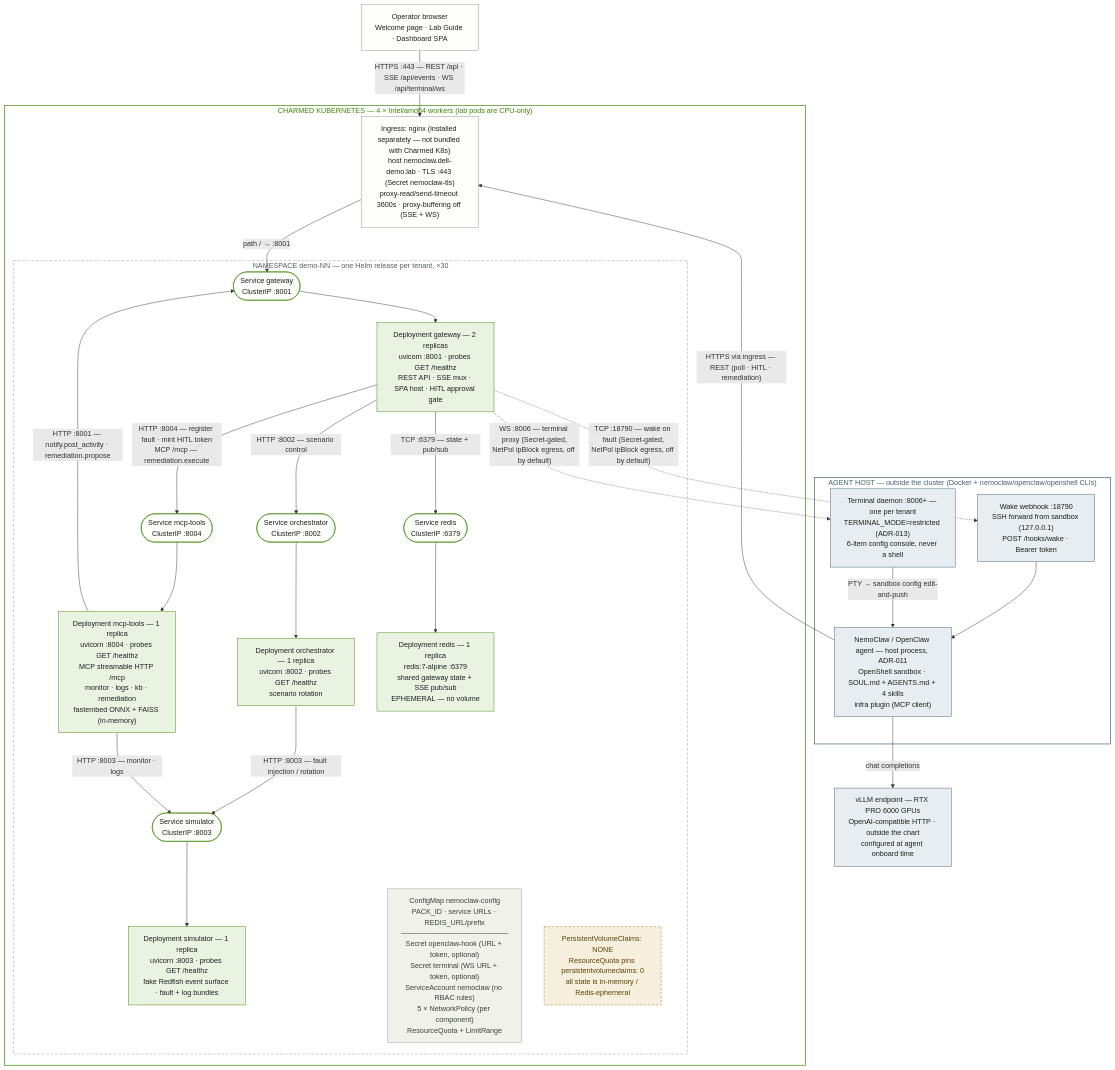
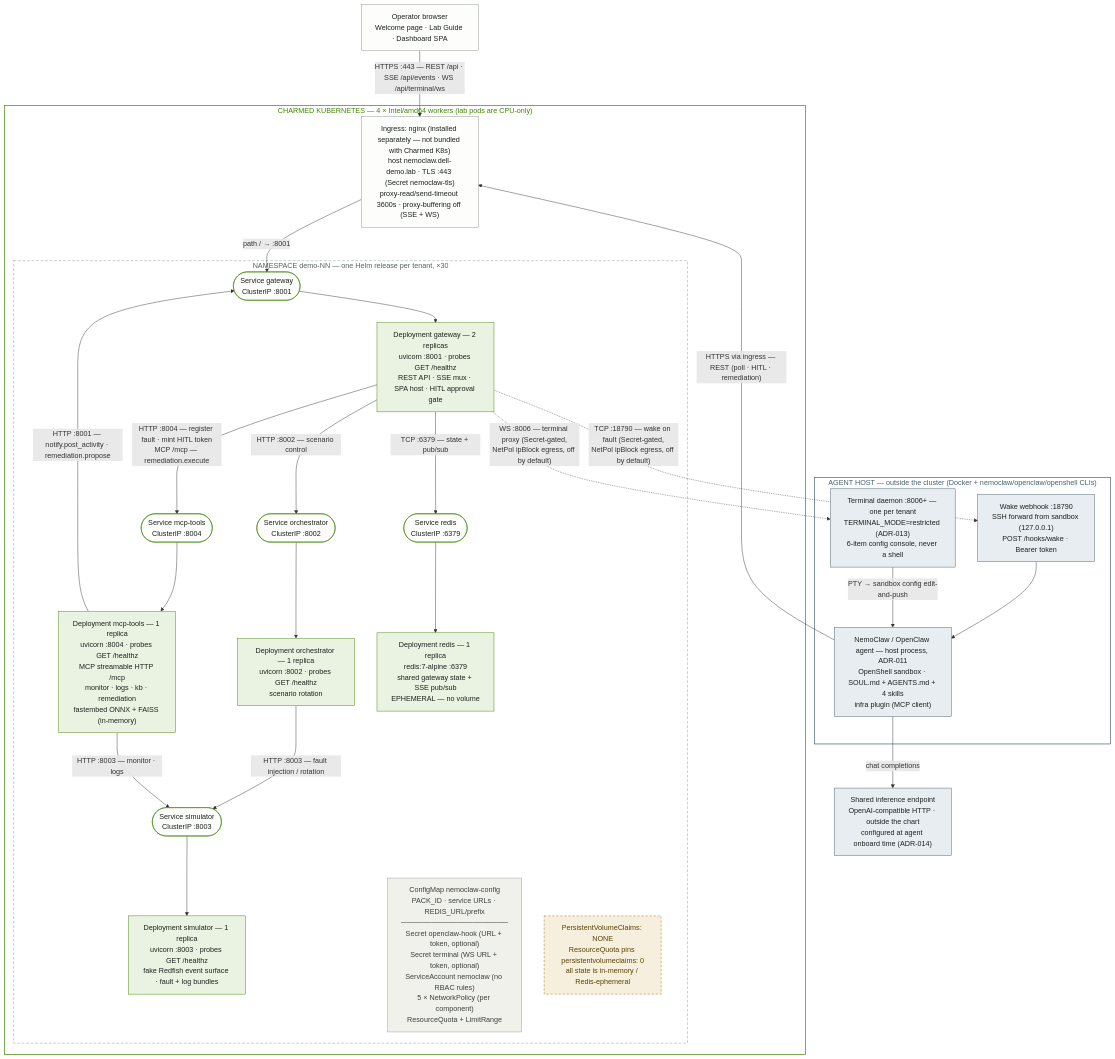
Before and after one commit to buckleyconor/nemoclaw-lab-cl: the diagram in docs/ARCHITECTURE-K8S.md, drawn with Mermaid. The commit also changed other lines of this file and 7 other files, not shown here.

First line of the commit message:
docs: ADR-014 single-VM target + shared inference endpoint

````diff
--- a/docs/ARCHITECTURE-K8S.md
+++ b/docs/ARCHITECTURE-K8S.md
@@ -15,73 +15,73 @@
 ```mermaid
 flowchart TB
   browser["Operator browser<br/>Welcome page · Lab Guide · Dashboard SPA"]
 
   subgraph cluster["CHARMED KUBERNETES — 4 × Intel/amd64 workers (lab pods are CPU-only)"]
     ingress["Ingress: nginx (installed separately — not bundled with Charmed K8s)<br/>host nemoclaw.dell-demo.lab · TLS :443 (Secret nemoclaw-tls)<br/>proxy-read/send-timeout 3600s · proxy-buffering off (SSE + WS)"]
 
     subgraph ns["NAMESPACE demo-NN — one Helm release per tenant, ×30"]
       gwsvc(["Service gateway<br/>ClusterIP :8001"])
       gw["Deployment gateway — 2 replicas<br/>uvicorn :8001 · probes GET /healthz<br/>REST API · SSE mux · SPA host · HITL approval gate"]
 
       orchsvc(["Service orchestrator<br/>ClusterIP :8002"])
       orch["Deployment orchestrator — 1 replica<br/>uvicorn :8002 · probes GET /healthz<br/>scenario rotation"]
 
       mcpsvc(["Service mcp-tools<br/>ClusterIP :8004"])
       mcp["Deployment mcp-tools — 1 replica<br/>uvicorn :8004 · probes GET /healthz<br/>MCP streamable HTTP /mcp<br/>monitor · logs · kb · remediation<br/>fastembed ONNX + FAISS (in-memory)"]
 
       simsvc(["Service simulator<br/>ClusterIP :8003"])
       sim["Deployment simulator — 1 replica<br/>uvicorn :8003 · probes GET /healthz<br/>fake Redfish event surface · fault + log bundles"]
 
       redissvc(["Service redis<br/>ClusterIP :6379"])
       redis["Deployment redis — 1 replica<br/>redis:7-alpine :6379<br/>shared gateway state + SSE pub/sub<br/>EPHEMERAL — no volume"]
 
       cfg["ConfigMap nemoclaw-config<br/>PACK_ID · service URLs · REDIS_URL/prefix<br/>─────────────────────<br/>Secret openclaw-hook (URL + token, optional)<br/>Secret terminal (WS URL + token, optional)<br/>ServiceAccount nemoclaw (no RBAC rules)<br/>5 × NetworkPolicy (per component)<br/>ResourceQuota + LimitRange"]
 
       pvc["PersistentVolumeClaims: NONE<br/>ResourceQuota pins persistentvolumeclaims: 0<br/>all state is in-memory / Redis-ephemeral"]
     end
   end
 
   subgraph agenthost["AGENT HOST — outside the cluster (Docker + nemoclaw/openclaw/openshell CLIs)"]
     agent["NemoClaw / OpenClaw agent — host process, ADR-011<br/>OpenShell sandbox · SOUL.md + AGENTS.md + 4 skills<br/>infra plugin (MCP client)"]
     hook["Wake webhook :18790<br/>SSH forward from sandbox (127.0.0.1)<br/>POST /hooks/wake · Bearer token"]
     term["Terminal daemon :8006+ — one per tenant<br/>TERMINAL_MODE=restricted (ADR-013)<br/>6-item config console, never a shell"]
   end
 
-  llm["vLLM endpoint — RTX PRO 6000 GPUs<br/>OpenAI-compatible HTTP · outside the chart<br/>configured at agent onboard time"]
+  llm["Shared inference endpoint<br/>OpenAI-compatible HTTP · outside the chart<br/>configured at agent onboard time (ADR-014)"]
 
   browser -->|"HTTPS :443 — REST /api · SSE /api/events · WS /api/terminal/ws"| ingress
   ingress -->|"path / → :8001"| gwsvc
   gwsvc --> gw
   gw -->|"HTTP :8002 — scenario control"| orchsvc
   orchsvc --> orch
   gw -->|"HTTP :8004 — register fault · mint HITL token<br/>MCP /mcp — remediation.execute"| mcpsvc
   mcpsvc --> mcp
   gw -->|"TCP :6379 — state + pub/sub"| redissvc
   redissvc --> redis
   orch -->|"HTTP :8003 — fault injection / rotation"| simsvc
   simsvc --> sim
   mcp -->|"HTTP :8003 — monitor · logs"| simsvc
   mcp -->|"HTTP :8001 — notify.post_activity · remediation.propose"| gwsvc
   gw -.->|"TCP :18790 — wake on fault (Secret-gated,<br/>NetPol ipBlock egress, off by default)"| hook
   gw -.->|"WS :8006 — terminal proxy (Secret-gated,<br/>NetPol ipBlock egress, off by default)"| term
   hook --> agent
   term -->|"PTY → sandbox config edit-and-push"| agent
   agent -->|"HTTPS via ingress — REST (poll · HITL · remediation)"| ingress
   agent -->|"chat completions"| llm
 
   classDef pod fill:#EAF3E2,stroke:#3E8500,color:#1C221E
   classDef svc fill:#FDFDFB,stroke:#3E8500,color:#1C221E
   classDef host fill:#E7EDF0,stroke:#44606C,color:#1C221E
   classDef cfgc fill:#F1F1EC,stroke:#9AA096,color:#3A403B
   classDef warn fill:#F6EFDD,stroke:#9A6A00,color:#5A4200,stroke-dasharray:5 4
   classDef edge fill:#FDFDFB,stroke:#8A948C,color:#1C221E
   class gw,orch,mcp,sim,redis pod
   class gwsvc,orchsvc,mcpsvc,simsvc,redissvc svc
   class agent,hook,term,llm host
   class cfg cfgc
   class pvc warn
   class browser,ingress edge
   style cluster fill:none,stroke:#3E8500,stroke-width:1.5px,color:#3E8500
   style ns fill:none,stroke:#8A948C,stroke-dasharray:6 4,color:#55605A
   style agenthost fill:none,stroke:#44606C,stroke-width:1.5px,color:#44606C
 ```
````
